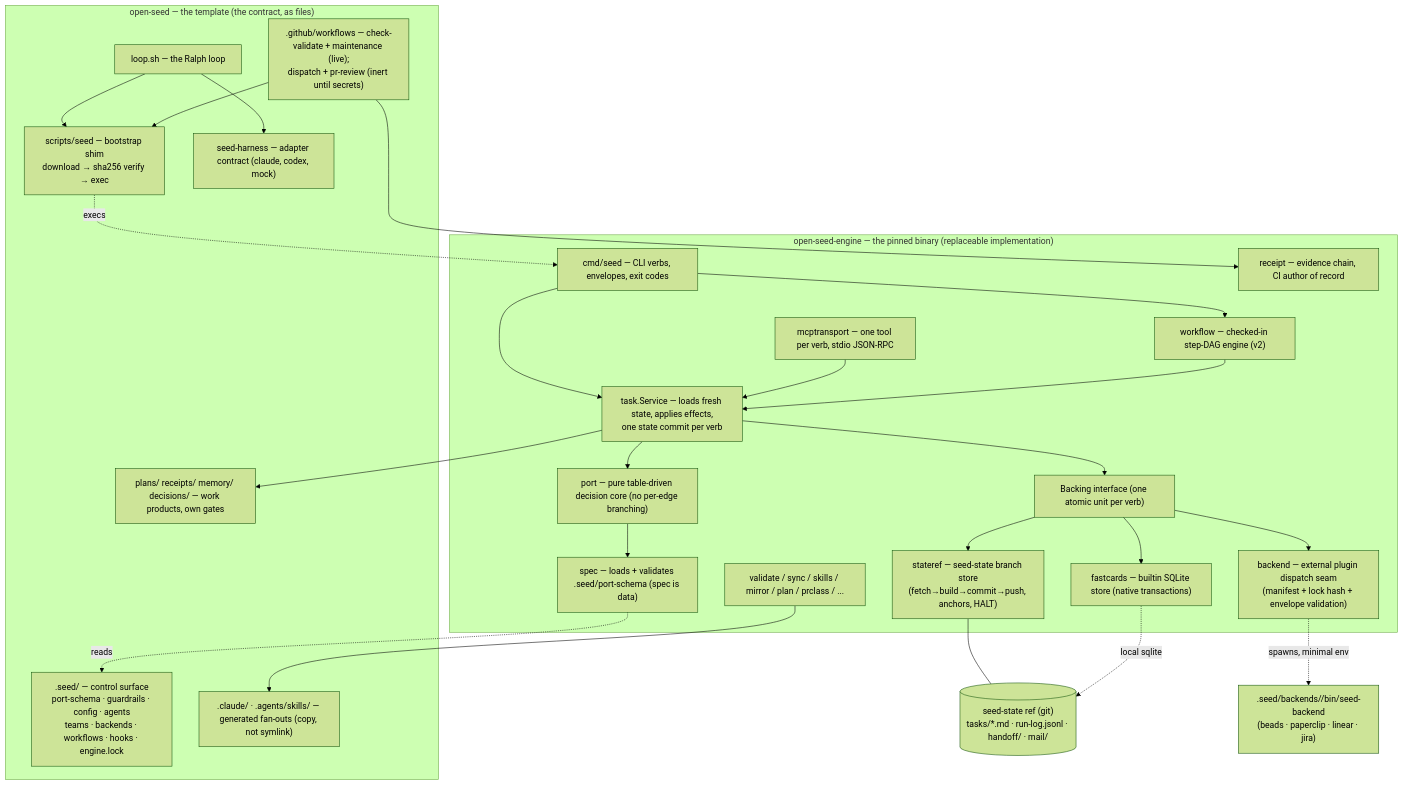
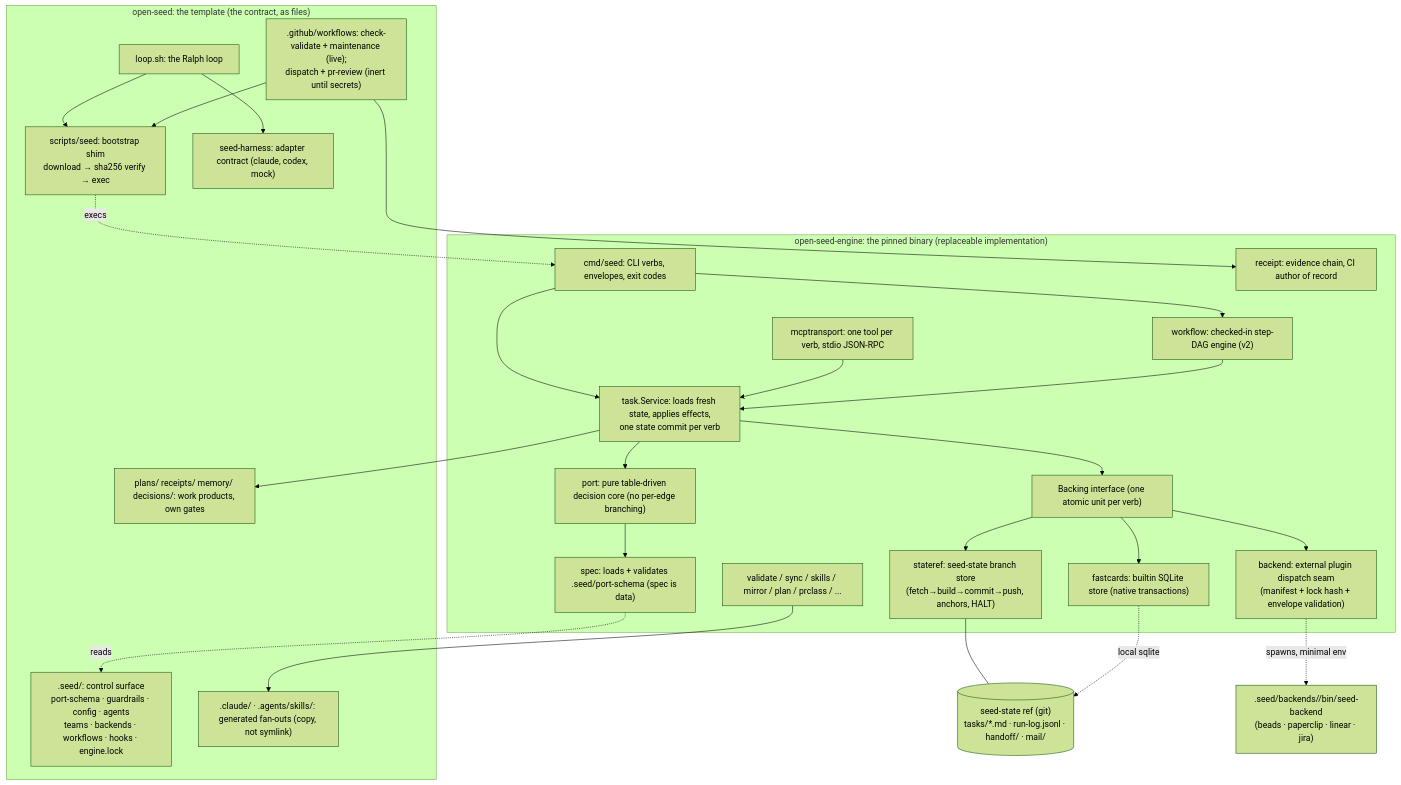
The first of 4 diagrams in docs/architecture.md (shaunlmason/open-seed), drawn with Mermaid (forest theme) before and after one commit. The commit also changed other lines of this file and 128 other files, not shown here.

````diff
--- a/docs/architecture.md
+++ b/docs/architecture.md
@@ -49,52 +49,52 @@
 ```mermaid
 graph TD
-    subgraph ENGINE["open-seed-engine — the pinned binary (replaceable implementation)"]
-        CLI["cmd/seed — CLI verbs, envelopes, exit codes"]
-        MCP["mcptransport — one tool per verb, stdio JSON-RPC"]
-        WF["workflow — checked-in step-DAG engine (v2)"]
-        SVC["task.Service — loads fresh state, applies effects,<br/>one state commit per verb"]
-        PORT["port — pure table-driven decision core (no per-edge branching)"]
-        SPEC["spec — loads + validates .seed/port-schema (spec is data)"]
+    subgraph ENGINE["open-seed-engine: the pinned binary (replaceable implementation)"]
+        CLI["cmd/seed: CLI verbs, envelopes, exit codes"]
+        MCP["mcptransport: one tool per verb, stdio JSON-RPC"]
+        WF["workflow: checked-in step-DAG engine (v2)"]
+        SVC["task.Service: loads fresh state, applies effects,<br/>one state commit per verb"]
+        PORT["port: pure table-driven decision core (no per-edge branching)"]
+        SPEC["spec: loads + validates .seed/port-schema (spec is data)"]
         BACK["Backing interface (one atomic unit per verb)"]
-        SR["stateref — seed-state branch store<br/>(fetch→build→commit→push, anchors, HALT)"]
-        FC["fastcards — builtin SQLite store (native transactions)"]
-        BE["backend — external plugin dispatch seam<br/>(manifest + lock hash + envelope validation)"]
-        RCT["receipt — evidence chain, CI author of record"]
+        SR["stateref: seed-state branch store<br/>(fetch→build→commit→push, anchors, HALT)"]
+        FC["fastcards: builtin SQLite store (native transactions)"]
+        BE["backend: external plugin dispatch seam<br/>(manifest + lock hash + envelope validation)"]
+        RCT["receipt: evidence chain, CI author of record"]
         VAL["validate / sync / skills / mirror / plan / prclass / ..."]
     end
 
-    subgraph TPL["open-seed — the template (the contract, as files)"]
-        SEED[".seed/ — control surface<br/>port-schema · guardrails · config · agents<br/>teams · backends · workflows · hooks · engine.lock"]
-        SHIM["scripts/seed — bootstrap shim<br/>download → sha256 verify → exec"]
-        LOOP["loop.sh — the Ralph loop"]
-        HARN["seed-harness — adapter contract (claude, codex, mock)"]
-        CI[".github/workflows — check-validate + maintenance (live);<br/>dispatch + pr-review (inert until secrets)"]
-        FAN[".claude/ · .agents/skills/ — generated fan-outs (copy, not symlink)"]
-        WP["plans/ receipts/ memory/ decisions/ — work products, own gates"]
+    subgraph TPL["open-seed: the template (the contract, as files)"]
+        SEED[".seed/: control surface<br/>port-schema · guardrails · config · agents<br/>teams · backends · workflows · hooks · engine.lock"]
+        SHIM["scripts/seed: bootstrap shim<br/>download → sha256 verify → exec"]
+        LOOP["loop.sh: the Ralph loop"]
+        HARN["seed-harness: adapter contract (claude, codex, mock)"]
+        CI[".github/workflows: check-validate + maintenance (live);<br/>dispatch + pr-review (inert until secrets)"]
+        FAN[".claude/ · .agents/skills/: generated fan-outs (copy, not symlink)"]
+        WP["plans/ receipts/ memory/ decisions/: work products, own gates"]
     end
 
     STATE[("seed-state ref (git)<br/>tasks/*.md · run-log.jsonl · handoff/ · mail/")]
     PLUGIN[".seed/backends/<name>/bin/seed-backend<br/>(beads · paperclip · linear · jira)"]
 
     CLI --> SVC
     MCP --> SVC
     CLI --> WF
     WF --> SVC
     SHIM -. execs .-> CLI
     LOOP --> SHIM
     CI --> SHIM
     LOOP --> HARN
     SVC --> PORT
     PORT --> SPEC
     SPEC -. reads .-> SEED
     SVC --> BACK
     BACK --> SR
     BACK --> FC
     BACK --> BE
     BE -. spawns, minimal env .-> PLUGIN
     SR --- STATE
     FC -. local sqlite .-> STATE
     CI --> RCT
     SVC --> WP
     VAL --> FAN
 ```
````
